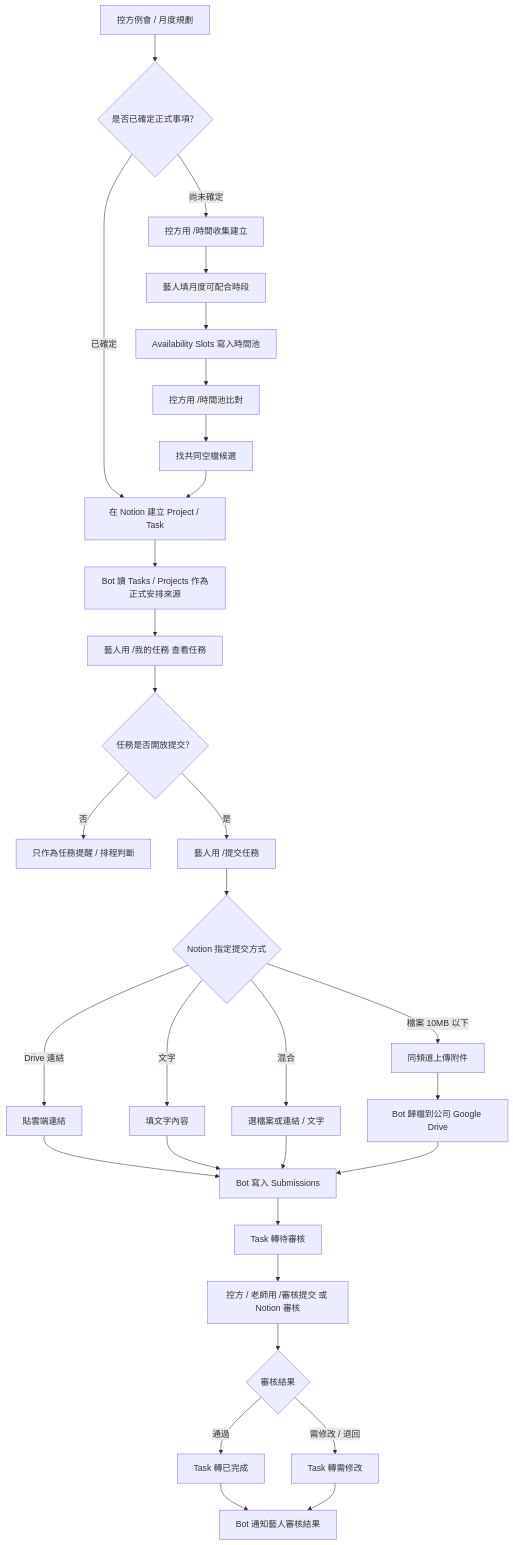
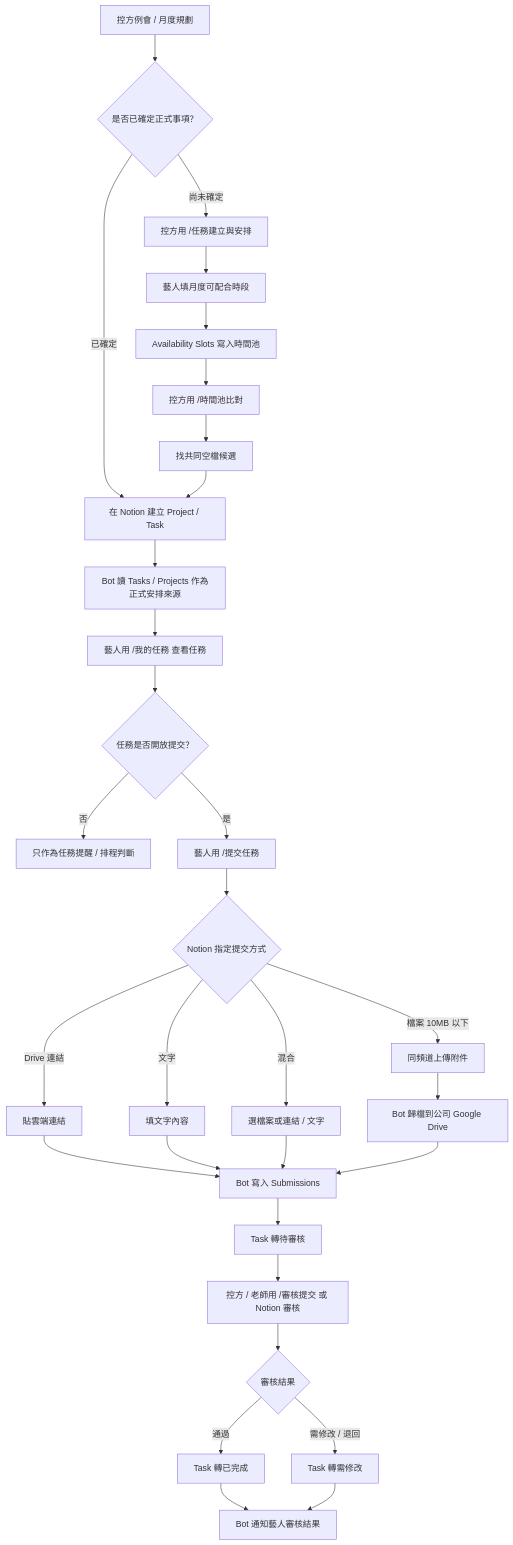
The first of 3 diagrams in FLOWCHART.md (johnnysun0621/kari-kari-ai-ops), drawn with Mermaid before and after one commit. The commit also changed 13 other files, not shown here.

````diff
--- a/FLOWCHART.md
+++ b/FLOWCHART.md
@@ -8,37 +8,37 @@
 ```mermaid
 flowchart TD
     A["控方例會 / 月度規劃"] --> B{"是否已確定正式事項？"}
 
     B -->|已確定| C["在 Notion 建立 Project / Task"]
     C --> D["Bot 讀 Tasks / Projects 作為正式安排來源"]
     D --> E["藝人用 /我的任務 查看任務"]
     E --> F{"任務是否開放提交？"}
     F -->|否| G["只作為任務提醒 / 排程判斷"]
     F -->|是| H["藝人用 /提交任務"]
 
     H --> I{"Notion 指定提交方式"}
     I -->|檔案 10MB 以下| J["同頻道上傳附件"]
     I -->|Drive 連結| K["貼雲端連結"]
     I -->|文字| L["填文字內容"]
     I -->|混合| M["選檔案或連結 / 文字"]
 
     J --> N["Bot 歸檔到公司 Google Drive"]
     K --> O["Bot 寫入 Submissions"]
     L --> O
     M --> O
     N --> O
     O --> P["Task 轉待審核"]
     P --> Q["控方 / 老師用 /審核提交 或 Notion 審核"]
     Q --> R{"審核結果"}
     R -->|通過| S["Task 轉已完成"]
     R -->|需修改 / 退回| T["Task 轉需修改"]
     S --> U["Bot 通知藝人審核結果"]
     T --> U
 
-    B -->|尚未確定| V["控方用 /時間收集建立"]
+    B -->|尚未確定| V["控方用 /任務建立與安排"]
     V --> W["藝人填月度可配合時段"]
     W --> X["Availability Slots 寫入時間池"]
     X --> Y["控方用 /時間池比對"]
     Y --> Z["找共同空檔候選"]
     Z --> C
 ```
````
